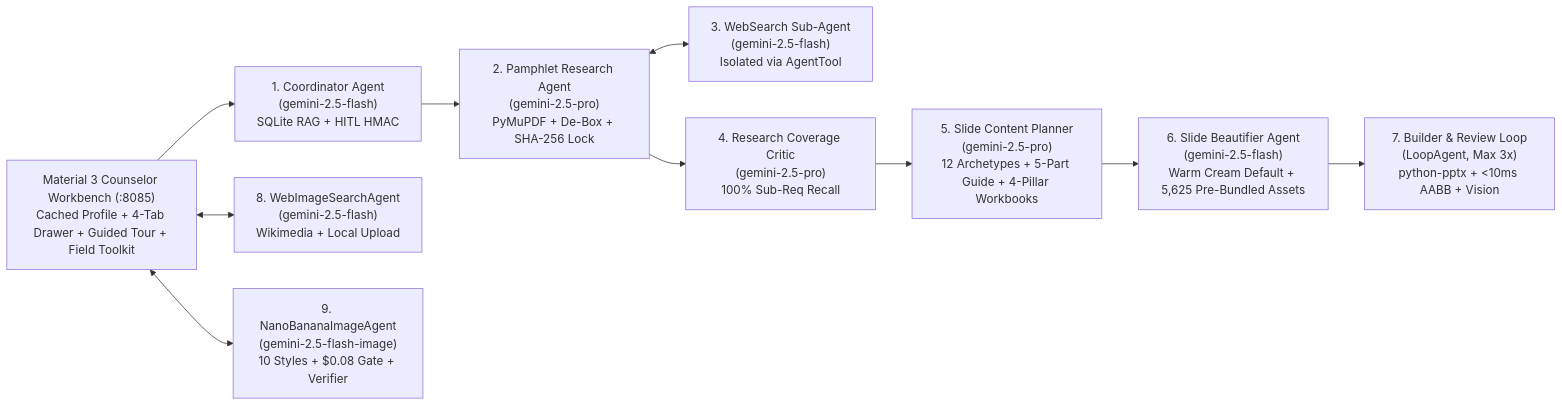
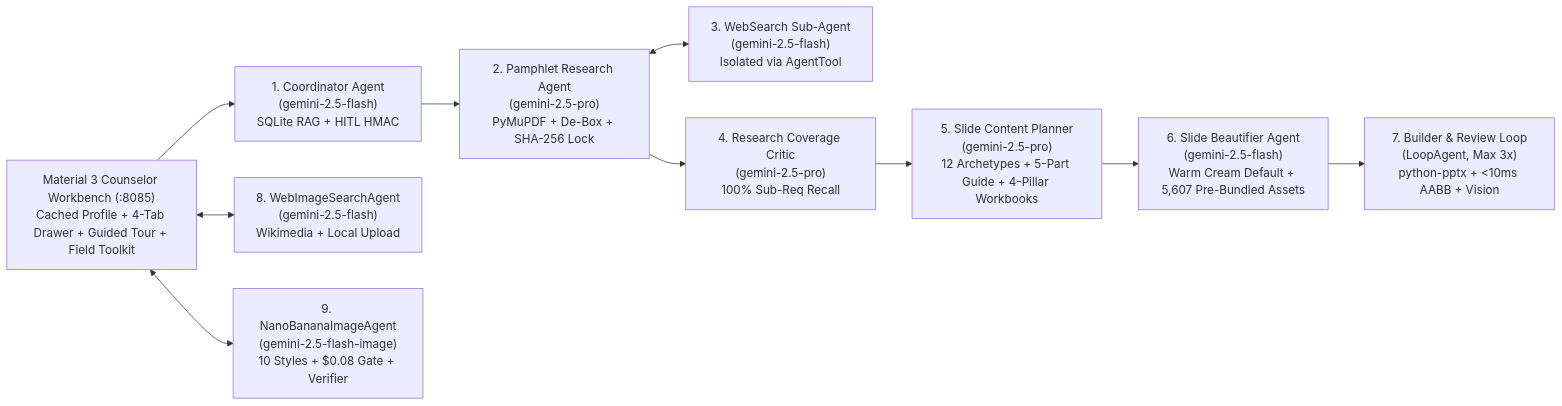
Before and after one commit to clayberg/scouts-bsa-merit-badge-agent: the first of 2 diagrams in docs/TDD.md, drawn with Mermaid. The commit also changed other lines of this file and 481 other files, not shown here.

````diff
--- a/docs/TDD.md
+++ b/docs/TDD.md
@@ -90,12 +90,12 @@
 ```mermaid
 flowchart LR
     UI["Material 3 Counselor Workbench (:8085)\nCached Profile + 4-Tab Drawer + Guided Tour + Field Toolkit"] --> COORD["1. Coordinator Agent\n(gemini-2.5-flash)\nSQLite RAG + HITL HMAC"]
     COORD --> RES["2. Pamphlet Research Agent\n(gemini-2.5-pro)\nPyMuPDF + De-Box + SHA-256 Lock"]
     RES <--> SEARCH["3. WebSearch Sub-Agent\n(gemini-2.5-flash)\nIsolated via AgentTool"]
     RES --> RCRIT["4. Research Coverage Critic\n(gemini-2.5-pro)\n100% Sub-Req Recall"]
     RCRIT --> PLAN["5. Slide Content Planner\n(gemini-2.5-pro)\n12 Archetypes + 5-Part Guide + 4-Pillar Workbooks"]
-    PLAN --> BEAUT["6. Slide Beautifier Agent\n(gemini-2.5-flash)\nWarm Cream Default + 5,625 Pre-Bundled Assets"]
+    PLAN --> BEAUT["6. Slide Beautifier Agent\n(gemini-2.5-flash)\nWarm Cream Default + 5,607 Pre-Bundled Assets"]
     BEAUT --> LOOP["7. Builder & Review Loop\n(LoopAgent, Max 3x)\npython-pptx + <10ms AABB + Vision"]
     UI <--> IMG_WEB["8. WebImageSearchAgent\n(gemini-2.5-flash)\nWikimedia + Local Upload"]
     UI <--> IMG_AI["9. NanoBananaImageAgent\n(gemini-2.5-flash-image)\n10 Styles + $0.08 Gate + Verifier"]
 ```
````
